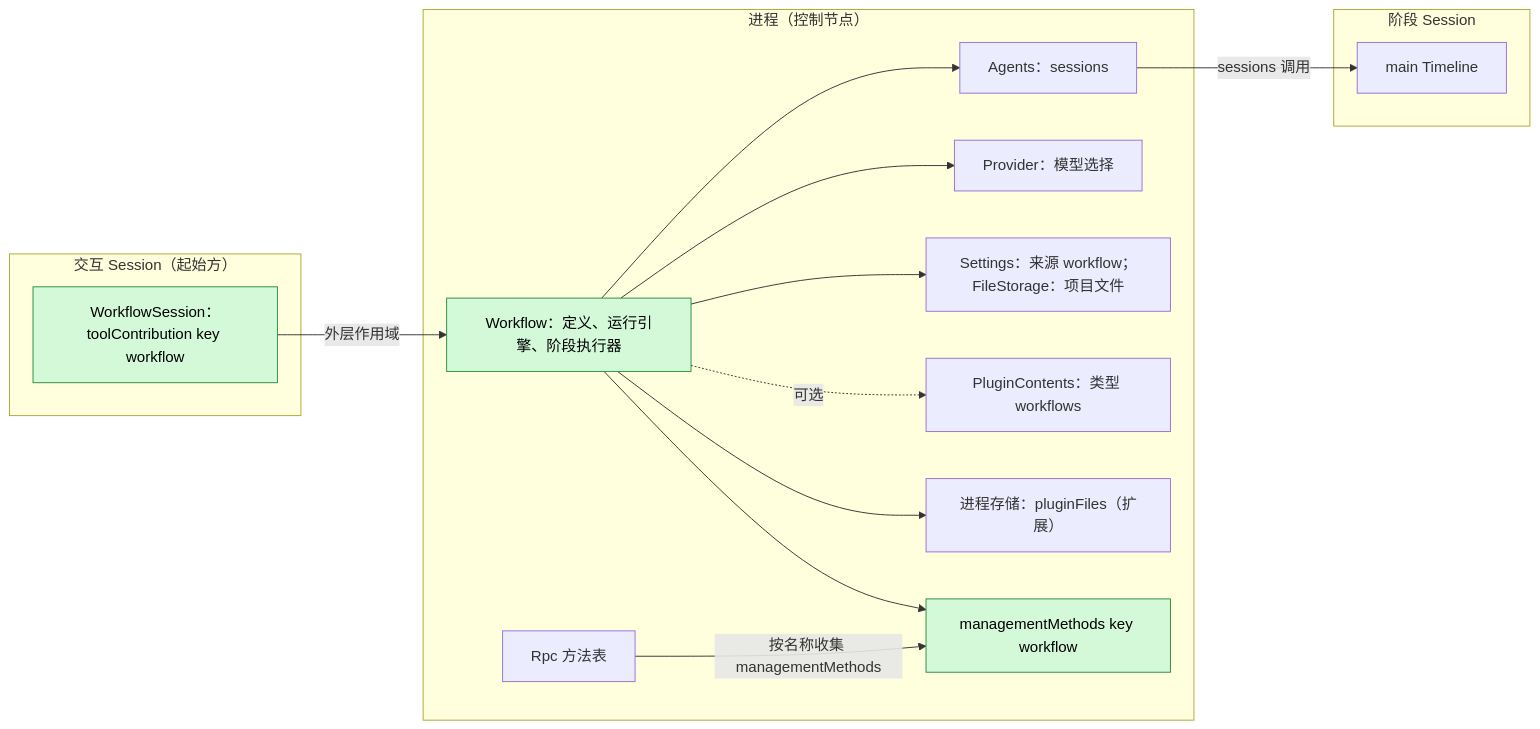
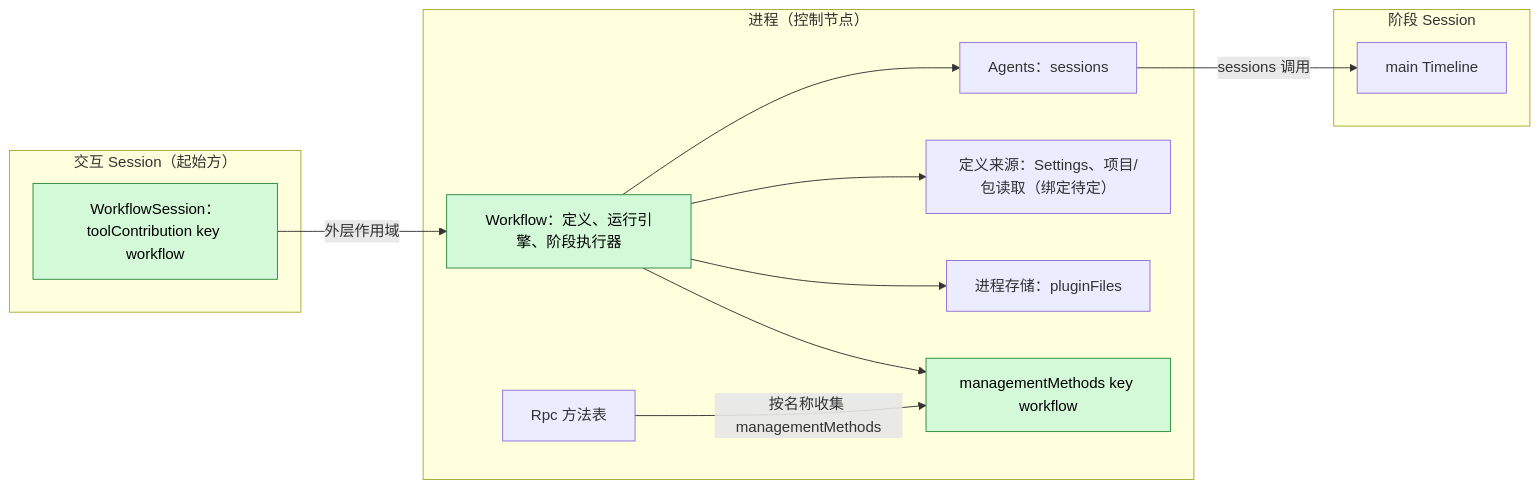
The first of 6 diagrams in docs/zh/design/plugins/Workflow.md (CoutinhoTTS/dim-agent), drawn with Mermaid before and after one commit. The commit also changed other lines of this file and 1 other file, not shown here.

Commit message:
docs(workflow): use existing stage admission and service contracts

````diff
--- a/docs/zh/design/plugins/Workflow.md
+++ b/docs/zh/design/plugins/Workflow.md
@@ -13,30 +13,26 @@
 ```mermaid
 flowchart LR
   subgraph PROC["进程（控制节点）"]
     WF["Workflow：定义、运行引擎、阶段执行器"]
     MM["managementMethods key workflow"]
     Agents["Agents：sessions"]
-    Prov["Provider：模型选择"]
-    Set["Settings：来源 workflow；FileStorage：项目文件"]
-    PC["PluginContents：类型 workflows"]
-    Store["进程存储：pluginFiles（扩展）"]
+    Set["定义来源：Settings、项目/包读取（绑定待定）"]
+    Store["进程存储：pluginFiles"]
     Rpc["Rpc 方法表"]
   end
   subgraph SESS["交互 Session（起始方）"]
     Tool["WorkflowSession：toolContribution key workflow"]
   end
   subgraph STG["阶段 Session"]
     TL["main Timeline"]
   end
   Tool -->|"外层作用域"| WF
   WF --> Agents
-  WF --> Prov
   WF --> Set
-  WF -.->|"可选"| PC
   WF --> Store
   WF --> MM
   Rpc -->|"按名称收集 managementMethods"| MM
   Agents -->|"sessions 调用"| TL
   classDef new fill:#d3f9d8,stroke:#2b8a3e,color:#000
   class WF,MM,Tool new
 ```
````
